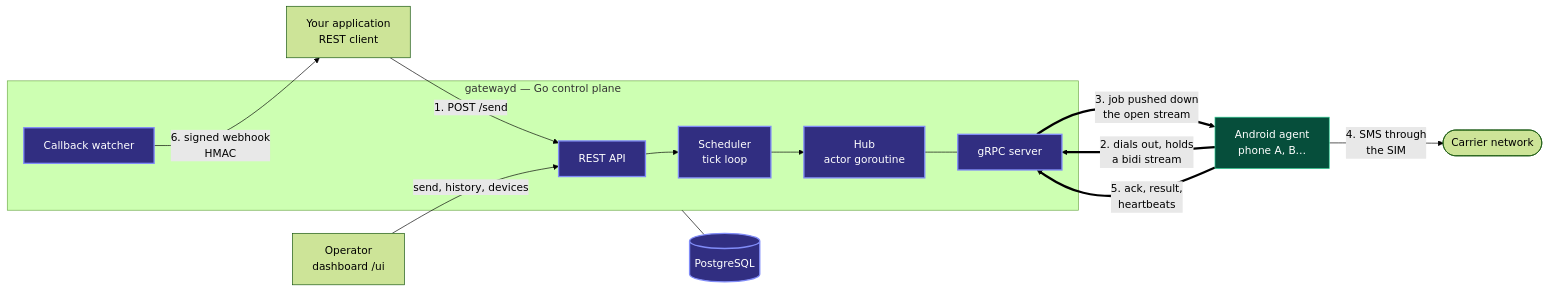
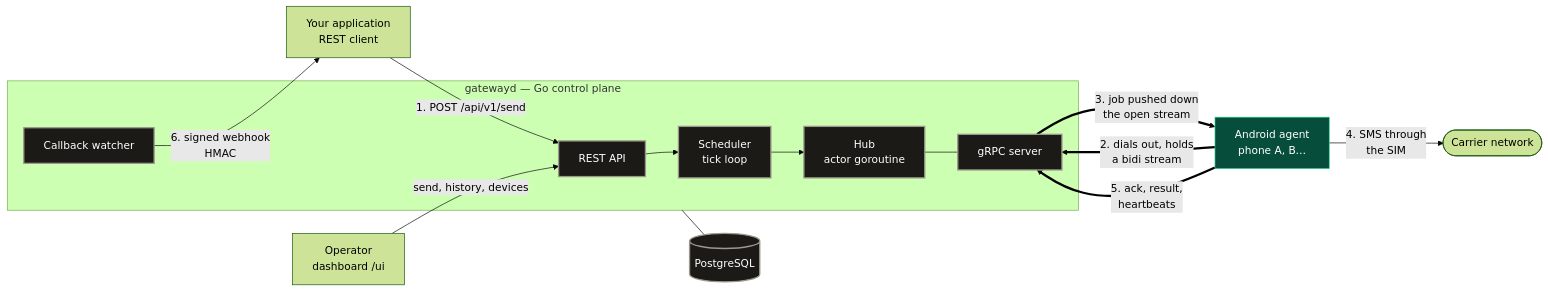
Before and after one commit to KGMA74/relaix: the diagram in README.md, drawn with Mermaid (forest theme). The commit also changed other lines of this file and 1 other file, not shown here.

Commit message:
docs: not only SMS — USSD, received SMS, automations and their library, MCP, key permissions, /api/v1

````diff
--- a/README.md
+++ b/README.md
@@ -66,25 +77,25 @@
 ```mermaid
 flowchart LR
-    APP["Your application<br/>REST client"] -->|1. POST /send| API
+    APP["Your application<br/>REST client"] -->|1. POST /api/v1/send| API
     OP["Operator<br/>dashboard /ui"] -->|send, history, devices| API
 
     subgraph CP["gatewayd — Go control plane"]
         API["REST API"] --> SCH["Scheduler<br/>tick loop"]
         SCH --> HUB["Hub<br/>actor goroutine"]
         HUB --- GRPC["gRPC server"]
         CB["Callback watcher"]
     end
 
     PHONE["Android agent<br/>phone A, B…"] ==>|2. dials out, holds<br/>a bidi stream| GRPC
     GRPC ==>|3. job pushed down<br/>the open stream| PHONE
     PHONE -->|4. SMS through<br/>the SIM| NET(["Carrier network"])
     PHONE ==>|5. ack, result,<br/>heartbeats| GRPC
     CB -->|6. signed webhook<br/>HMAC| APP
 
     CP --- DB[("PostgreSQL")]
 
-    classDef core fill:#312E81,stroke:#818CF8,stroke-width:2px,color:#fff
+    classDef core fill:#1B1A17,stroke:#9C978C,stroke-width:2px,color:#fff
     classDef agent fill:#064E3B,stroke:#34D399,color:#fff
     class API,SCH,HUB,GRPC,CB,DB core
     class PHONE agent
 ```
````
